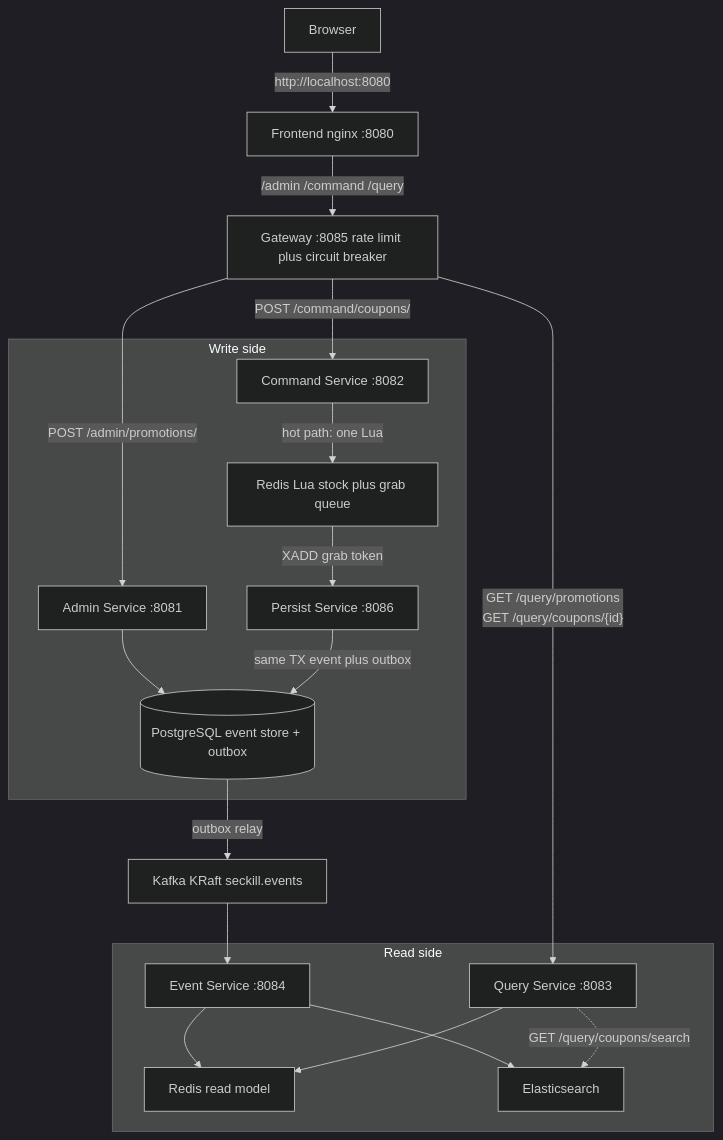
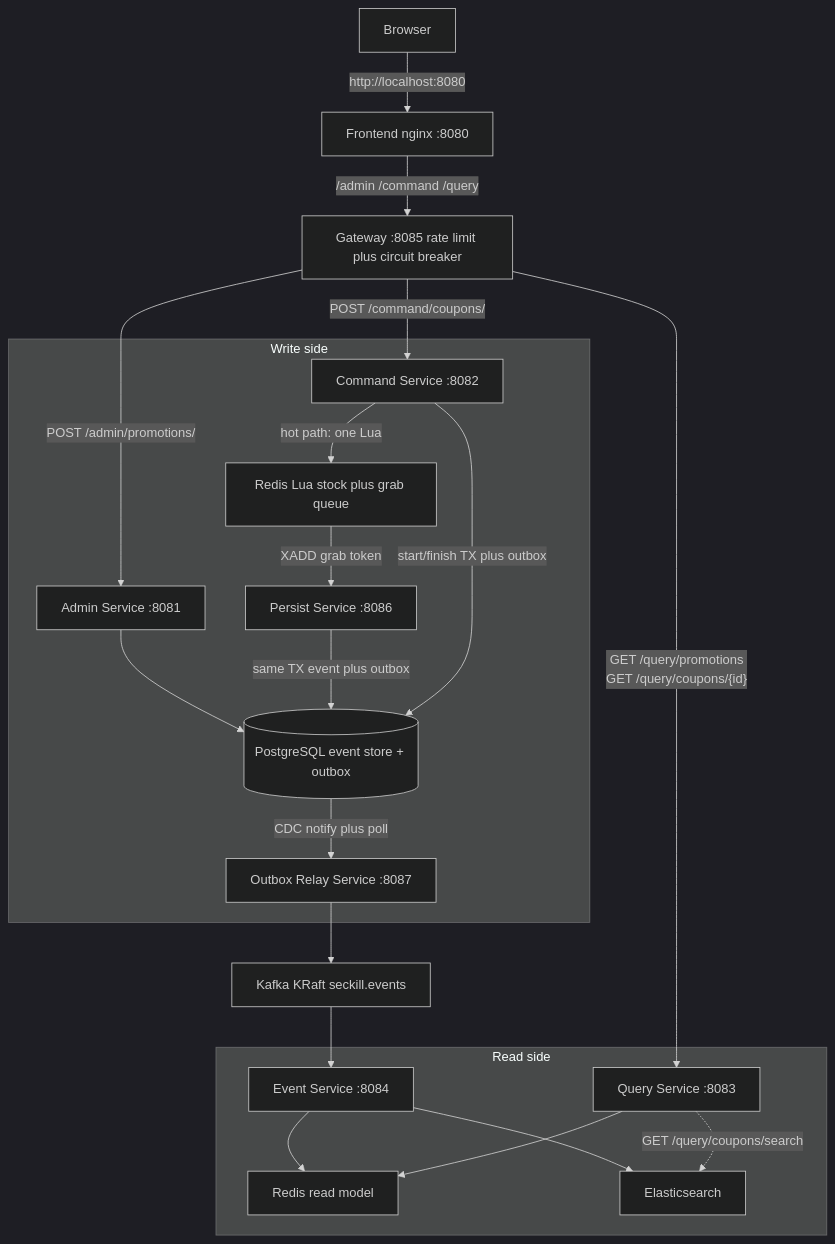
The first of 3 diagrams in README.md (fanqingsong/seckill), drawn with Mermaid (dark theme) before and after one commit. The commit also changed other lines of this file and 29 other files, not shown here.

First line of the commit message:
Extract outbox relay into a dedicated service with PostgreSQL NOTIFY CDC and polling fallback.

````diff
--- a/README.md
+++ b/README.md
@@ -40,39 +41,42 @@
 ```mermaid
 flowchart TB
   User["Browser"]
   FE["Frontend nginx :8080"]
   GW["Gateway :8085 rate limit plus circuit breaker"]
 
   subgraph writeSide["Write side"]
     Admin["Admin Service :8081"]
     Cmd["Command Service :8082"]
     Persist["Persist Service :8086"]
+    Relay["Outbox Relay Service :8087"]
     RedisHot["Redis Lua stock plus grab queue"]
     PG[("PostgreSQL event store + outbox")]
   end
 
   Kafka["Kafka KRaft seckill.events"]
 
   subgraph readSide["Read side"]
     Event["Event Service :8084"]
     Query["Query Service :8083"]
     RedisRead["Redis read model"]
     ES["Elasticsearch"]
   end
 
   User -->|"http://localhost:8080"| FE
   FE -->|"/admin /command /query"| GW
   GW -->|"POST /admin/promotions/"| Admin
   GW -->|"POST /command/coupons/"| Cmd
   GW -->|"GET /query/promotions<br/>GET /query/coupons/{id}"| Query
   Admin --> PG
   Cmd -->|"hot path: one Lua"| RedisHot
   RedisHot -->|"XADD grab token"| Persist
   Persist -->|"same TX event plus outbox"| PG
-  PG -->|"outbox relay"| Kafka
+  Cmd -->|"start/finish TX plus outbox"| PG
+  PG -->|"CDC notify plus poll"| Relay
+  Relay --> Kafka
   Kafka --> Event
   Event --> RedisRead
   Event --> ES
   Query --> RedisRead
   Query -.->|"GET /query/coupons/search"| ES
 ```
````
